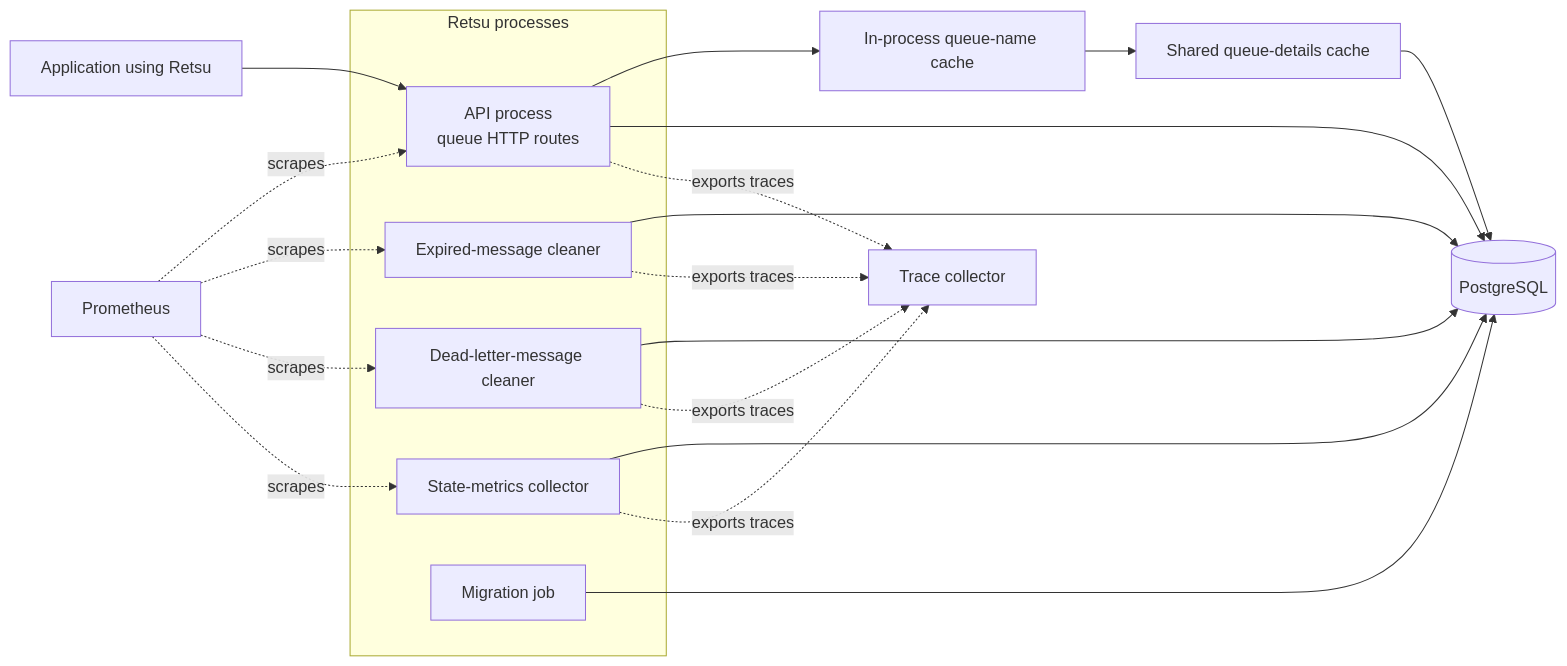
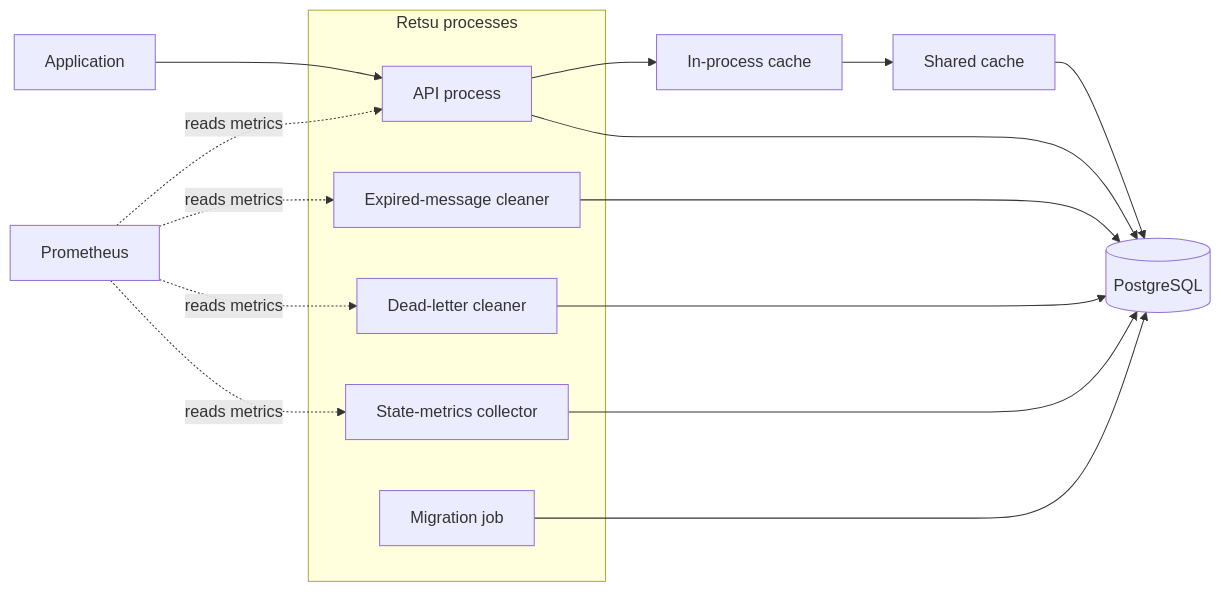
One commit to karanbalani/retsu changed the first of 4 diagrams in docs/architecture.md. Above: the diagram before and after it, drawn with Mermaid. The commit also changed other lines of this file and 14 other files, not shown here.

````diff
--- a/docs/architecture.md
+++ b/docs/architecture.md
@@ -9,31 +7,26 @@
 ```mermaid
 flowchart LR
-    Client["Application using Retsu"] --> API["API process<br/>queue HTTP routes"]
+    Client["Application"] --> API["API process"]
 
-    subgraph Retsu["Retsu processes"]
+    subgraph Processes["Retsu processes"]
         API
         Expired["Expired-message cleaner"]
-        DeadLetter["Dead-letter-message cleaner"]
+        DeadLetter["Dead-letter cleaner"]
         State["State-metrics collector"]
         Migrate["Migration job"]
     end
 
-    API --> Local["In-process queue-name cache"]
-    Local --> Shared["Shared queue-details cache"]
+    API --> Local["In-process cache"]
+    Local --> Shared["Shared cache"]
     Shared --> Database[("PostgreSQL")]
     API --> Database
     Expired --> Database
     DeadLetter --> Database
     State --> Database
     Migrate --> Database
 
-    Prometheus["Prometheus"] -. "scrapes" .-> API
-    Prometheus -. "scrapes" .-> Expired
-    Prometheus -. "scrapes" .-> DeadLetter
-    Prometheus -. "scrapes" .-> State
-
-    API -. "exports traces" .-> Collector["Trace collector"]
-    Expired -. "exports traces" .-> Collector
-    DeadLetter -. "exports traces" .-> Collector
-    State -. "exports traces" .-> Collector
+    Prometheus["Prometheus"] -. "reads metrics" .-> API
+    Prometheus -. "reads metrics" .-> Expired
+    Prometheus -. "reads metrics" .-> DeadLetter
+    Prometheus -. "reads metrics" .-> State
 ```
````
